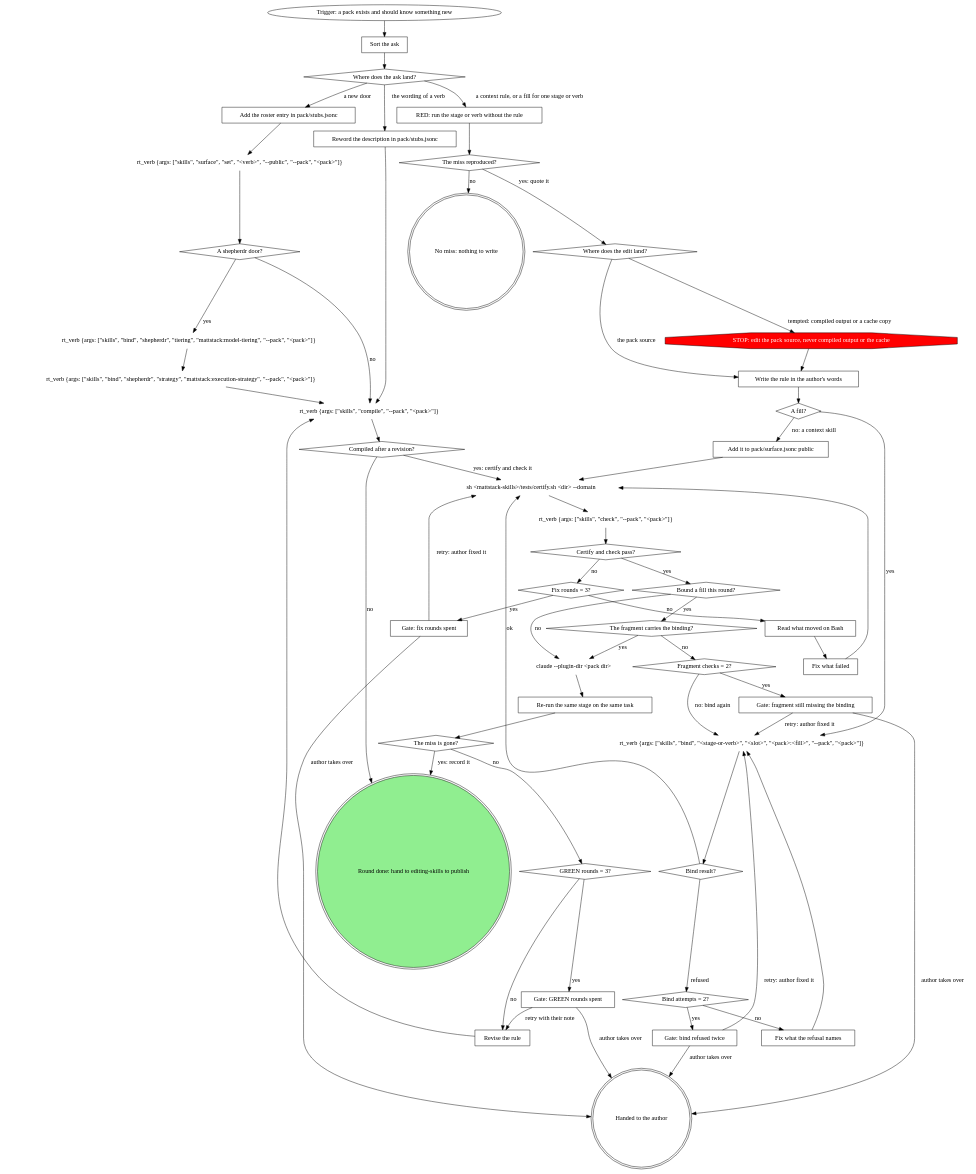
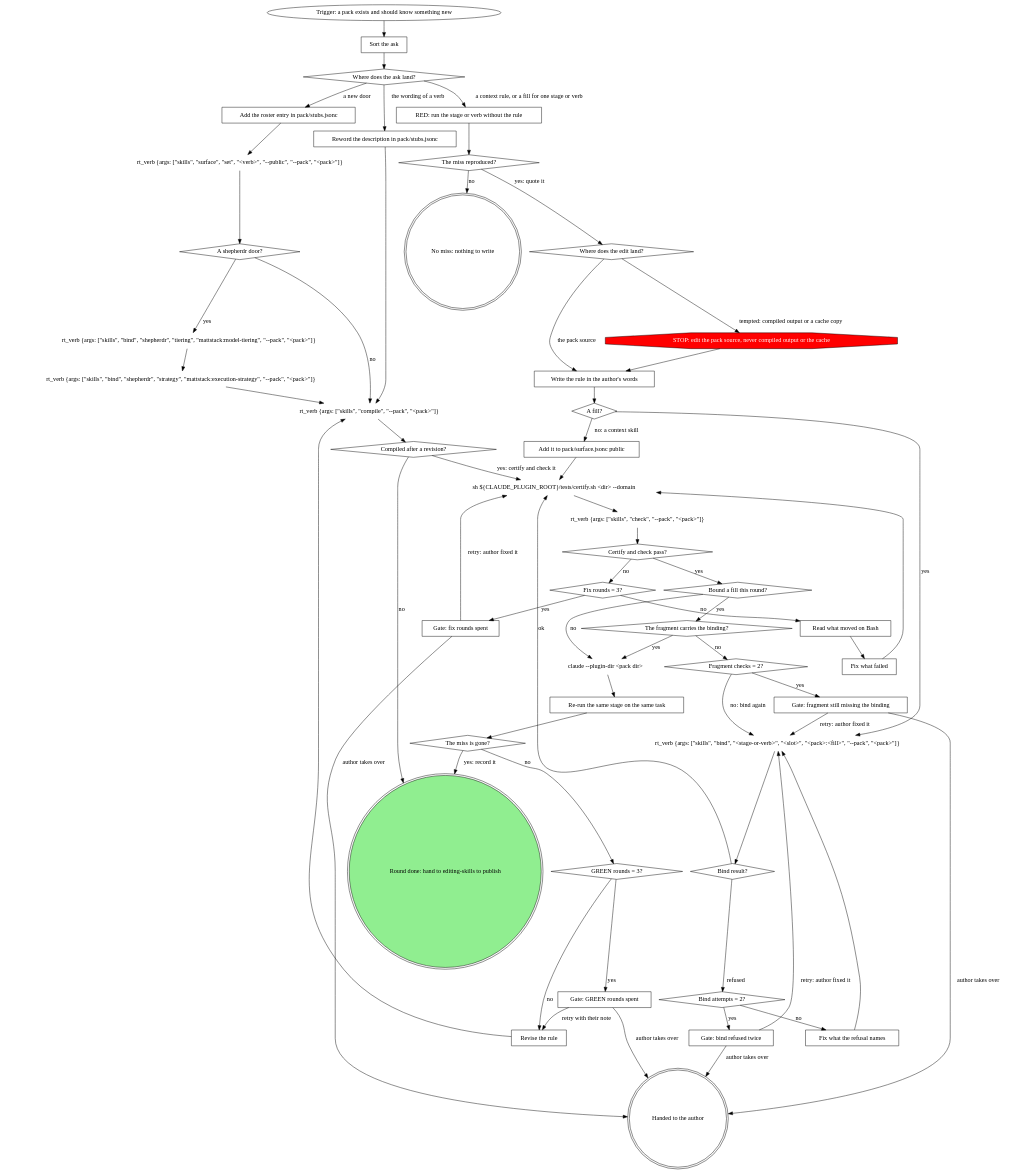
The diagram in plugins/mattstack/plugin/skills/extending-a-pack/SKILL.md (m4ttstack/mattstack), drawn with Graphviz before and after one commit. The commit also changed 10 other files, not shown here.

```diff
--- a/plugins/mattstack/plugin/skills/extending-a-pack/SKILL.md
+++ b/plugins/mattstack/plugin/skills/extending-a-pack/SKILL.md
@@ -40,7 +40,7 @@
     "Fix what the refusal names" [shape=box];
     "Gate: bind refused twice" [shape=box];
     "Add it to pack/surface.jsonc public" [shape=box];
-    "sh <mattstack-skills>/tests/certify.sh <dir> --domain" [shape=plaintext];
+    "sh ${CLAUDE_PLUGIN_ROOT}/tests/certify.sh <dir> --domain" [shape=plaintext];
     "rt_verb {args: [\"skills\", \"check\", \"--pack\", \"<pack>\"]}" [shape=plaintext];
     "Certify and check pass?" [shape=diamond];
     "Fix rounds = 3?" [shape=diamond];
@@ -75,7 +75,7 @@
     "Reword the description in pack/stubs.jsonc" -> "rt_verb {args: [\"skills\", \"compile\", \"--pack\", \"<pack>\"]}";
     "rt_verb {args: [\"skills\", \"compile\", \"--pack\", \"<pack>\"]}" -> "Compiled after a revision?";
     "Compiled after a revision?" -> "Round done: hand to editing-skills to publish" [label="no"];
-    "Compiled after a revision?" -> "sh <mattstack-skills>/tests/certify.sh <dir> --domain" [label="yes: certify and check it"];
+    "Compiled after a revision?" -> "sh ${CLAUDE_PLUGIN_ROOT}/tests/certify.sh <dir> --domain" [label="yes: certify and check it"];
     "RED: run the stage or verb without the rule" -> "The miss reproduced?";
     "The miss reproduced?" -> "Where does the edit land?" [label="yes: quote it"];
     "The miss reproduced?" -> "No miss: nothing to write" [label="no"];
@@ -86,23 +86,23 @@
     "A fill?" -> "rt_verb {args: [\"skills\", \"bind\", \"<stage-or-verb>\", \"<slot>\", \"<pack>:<fill>\", \"--pack\", \"<pack>\"]}" [label="yes"];
     "A fill?" -> "Add it to pack/surface.jsonc public" [label="no: a context skill"];
     "rt_verb {args: [\"skills\", \"bind\", \"<stage-or-verb>\", \"<slot>\", \"<pack>:<fill>\", \"--pack\", \"<pack>\"]}" -> "Bind result?";
-    "Bind result?" -> "sh <mattstack-skills>/tests/certify.sh <dir> --domain" [label="ok"];
+    "Bind result?" -> "sh ${CLAUDE_PLUGIN_ROOT}/tests/certify.sh <dir> --domain" [label="ok"];
     "Bind result?" -> "Bind attempts = 2?" [label="refused"];
     "Bind attempts = 2?" -> "Fix what the refusal names" [label="no"];
     "Bind attempts = 2?" -> "Gate: bind refused twice" [label="yes"];
     "Fix what the refusal names" -> "rt_verb {args: [\"skills\", \"bind\", \"<stage-or-verb>\", \"<slot>\", \"<pack>:<fill>\", \"--pack\", \"<pack>\"]}";
     "Gate: bind refused twice" -> "rt_verb {args: [\"skills\", \"bind\", \"<stage-or-verb>\", \"<slot>\", \"<pack>:<fill>\", \"--pack\", \"<pack>\"]}" [label="retry: author fixed it"];
     "Gate: bind refused twice" -> "Handed to the author" [label="author takes over"];
-    "Add it to pack/surface.jsonc public" -> "sh <mattstack-skills>/tests/certify.sh <dir> --domain";
-    "sh <mattstack-skills>/tests/certify.sh <dir> --domain" -> "rt_verb {args: [\"skills\", \"check\", \"--pack\", \"<pack>\"]}";
+    "Add it to pack/surface.jsonc public" -> "sh ${CLAUDE_PLUGIN_ROOT}/tests/certify.sh <dir> --domain";
+    "sh ${CLAUDE_PLUGIN_ROOT}/tests/certify.sh <dir> --domain" -> "rt_verb {args: [\"skills\", \"check\", \"--pack\", \"<pack>\"]}";
     "rt_verb {args: [\"skills\", \"check\", \"--pack\", \"<pack>\"]}" -> "Certify and check pass?";
     "Certify and check pass?" -> "Bound a fill this round?" [label="yes"];
     "Certify and check pass?" -> "Fix rounds = 3?" [label="no"];
     "Fix rounds = 3?" -> "Read what moved on Bash" [label="no"];
     "Fix rounds = 3?" -> "Gate: fix rounds spent" [label="yes"];
     "Read what moved on Bash" -> "Fix what failed";
-    "Fix what failed" -> "sh <mattstack-skills>/tests/certify.sh <dir> --domain";
-    "Gate: fix rounds spent" -> "sh <mattstack-skills>/tests/certify.sh <dir> --domain" [label="retry: author fixed it"];
+    "Fix what failed" -> "sh ${CLAUDE_PLUGIN_ROOT}/tests/certify.sh <dir> --domain";
+    "Gate: fix rounds spent" -> "sh ${CLAUDE_PLUGIN_ROOT}/tests/certify.sh <dir> --domain" [label="retry: author fixed it"];
     "Gate: fix rounds spent" -> "Handed to the author" [label="author takes over"];
     "Bound a fill this round?" -> "The fragment carries the binding?" [label="yes"];
     "Bound a fill this round?" -> "claude --plugin-dir <pack dir>" [label="no"];
```
